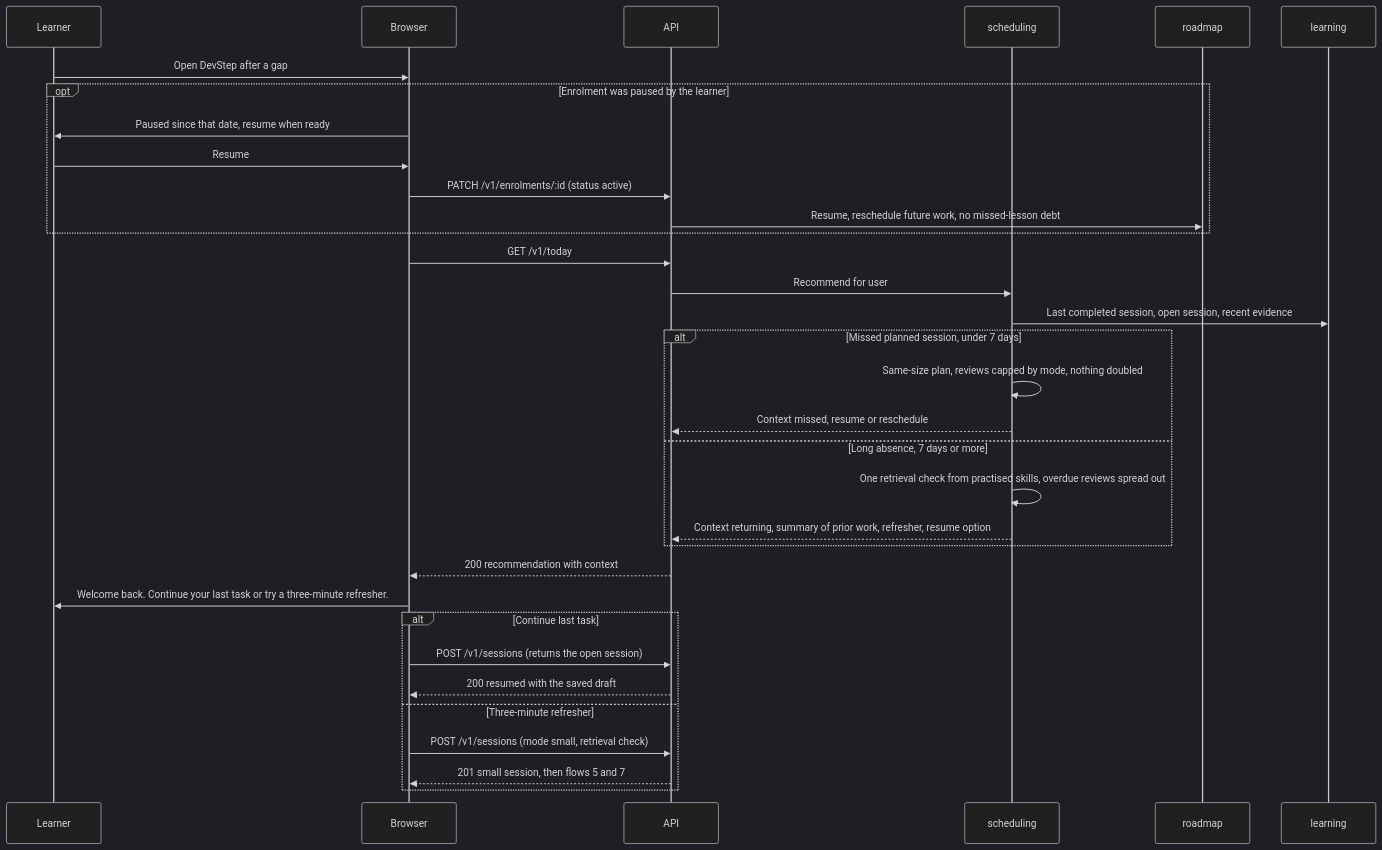
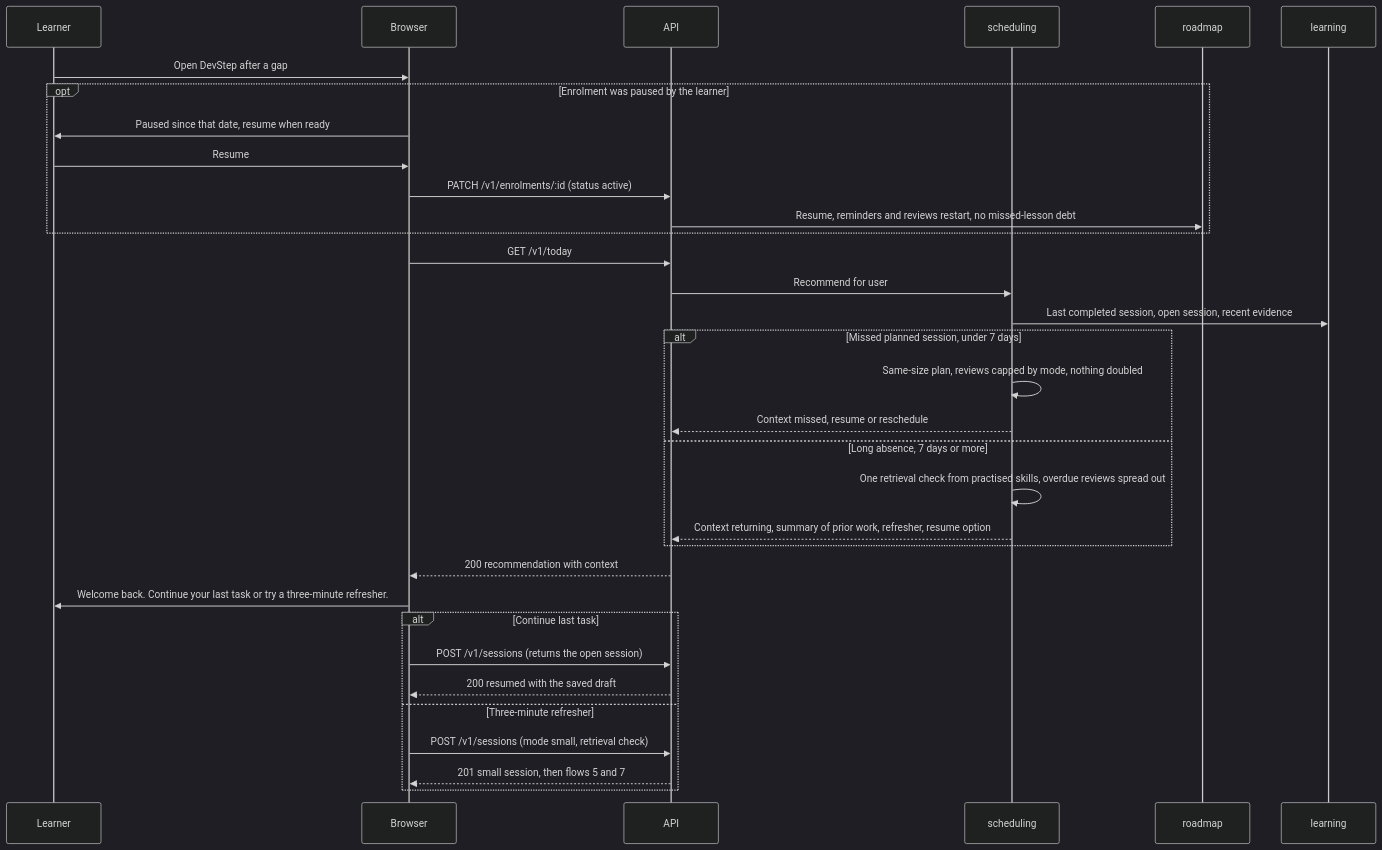
Before and after one commit to GhanshyamSoni68/app_idea: diagram 12 of 19 in devstep/docs/03-key-flows.md, drawn with Mermaid (dark theme). The commit also changed other lines of this file and 8 other files, not shown here.

````diff
--- a/devstep/docs/03-key-flows.md
+++ b/devstep/docs/03-key-flows.md
@@ -730,35 +748,35 @@
 ```mermaid
 sequenceDiagram
     participant L as Learner
     participant B as Browser
     participant API
     participant SCH as scheduling
     participant RM as roadmap
     participant LRN as learning
     L->>B: Open DevStep after a gap
     opt Enrolment was paused by the learner
         B->>L: Paused since that date, resume when ready
         L->>B: Resume
         B->>API: PATCH /v1/enrolments/:id (status active)
-        API->>RM: Resume, reschedule future work, no missed-lesson debt
+        API->>RM: Resume, reminders and reviews restart, no missed-lesson debt
     end
     B->>API: GET /v1/today
     API->>SCH: Recommend for user
     SCH->>LRN: Last completed session, open session, recent evidence
     alt Missed planned session, under 7 days
         SCH->>SCH: Same-size plan, reviews capped by mode, nothing doubled
         SCH-->>API: Context missed, resume or reschedule
     else Long absence, 7 days or more
         SCH->>SCH: One retrieval check from practised skills, overdue reviews spread out
         SCH-->>API: Context returning, summary of prior work, refresher, resume option
     end
     API-->>B: 200 recommendation with context
     B->>L: Welcome back. Continue your last task or try a three-minute refresher.
     alt Continue last task
         B->>API: POST /v1/sessions (returns the open session)
         API-->>B: 200 resumed with the saved draft
     else Three-minute refresher
         B->>API: POST /v1/sessions (mode small, retrieval check)
         API-->>B: 201 small session, then flows 5 and 7
     end
 ```
````
